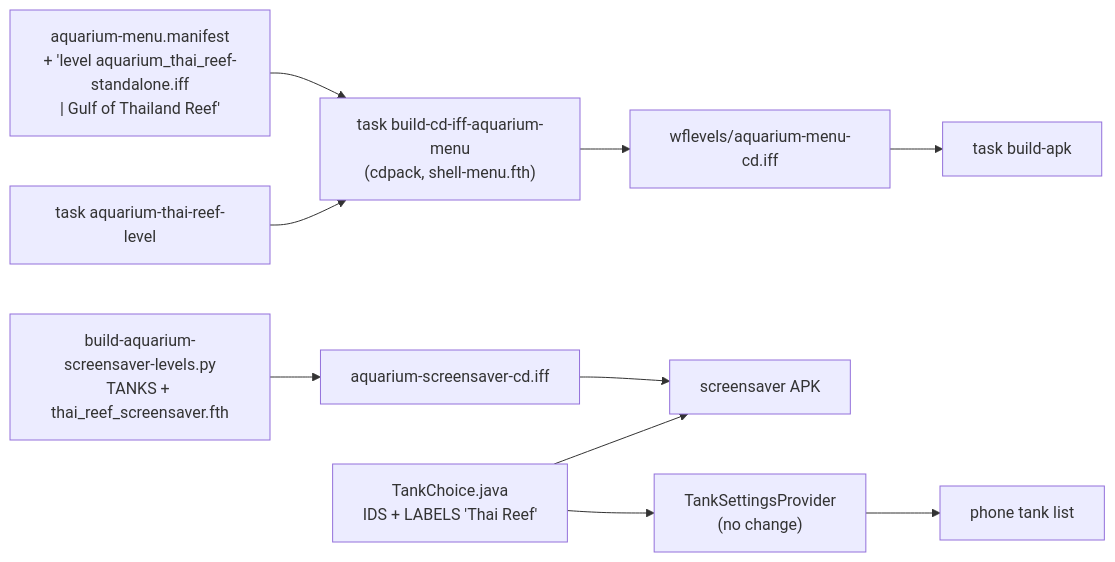
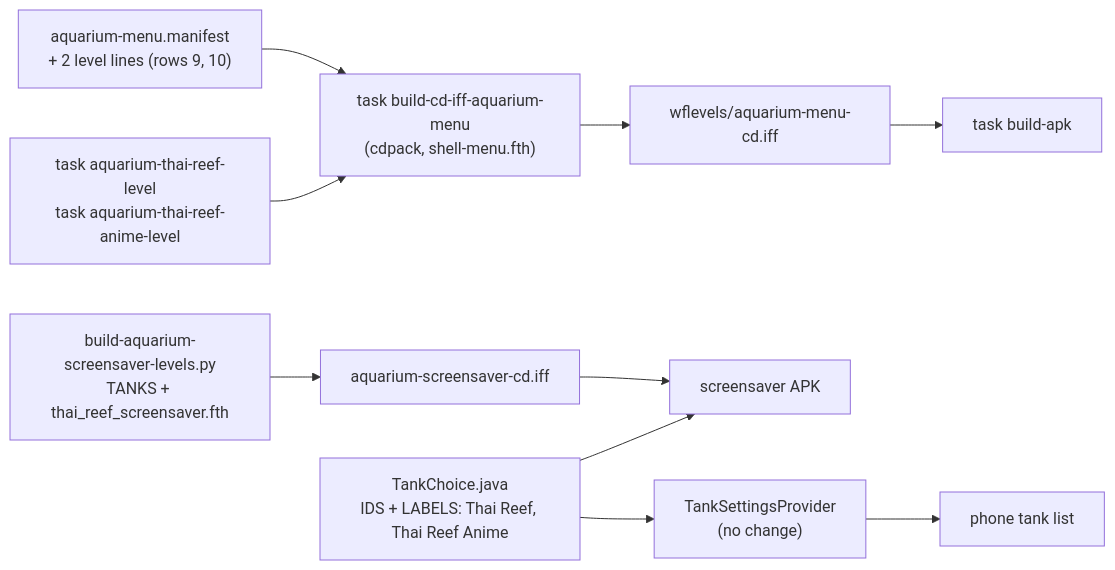
One commit to wbniv/WorldFoundry changed the ninth of 10 diagrams in docs/plans/2026-11-02-gulf-of-thailand-reef-tank.md. Above: the diagram before and after it, drawn with Mermaid. The commit also changed other lines of this file and 9 other files, not shown here.

First line of the commit message:
Plan: Gulf of Thailand Reef in two visual styles

````diff
--- a/docs/plans/2026-11-02-gulf-of-thailand-reef-tank.md
+++ b/docs/plans/2026-11-02-gulf-of-thailand-reef-tank.md
@@ -411,11 +504,11 @@
 ```mermaid
 flowchart LR
-    M["aquarium-menu.manifest<br/>+ 'level aquarium_thai_reef-standalone.iff<br/>| Gulf of Thailand Reef'"] --> CD["task build-cd-iff-aquarium-menu<br/>(cdpack, shell-menu.fth)"]
-    L["task aquarium-thai-reef-level"] --> CD
+    M["aquarium-menu.manifest<br/>+ 2 level lines (rows 9, 10)"] --> CD["task build-cd-iff-aquarium-menu<br/>(cdpack, shell-menu.fth)"]
+    L["task aquarium-thai-reef-level<br/>task aquarium-thai-reef-anime-level"] --> CD
     CD --> B["wflevels/aquarium-menu-cd.iff"]
     B --> APK["task build-apk"]
     SS["build-aquarium-screensaver-levels.py<br/>TANKS + thai_reef_screensaver.fth"] --> SB["aquarium-screensaver-cd.iff"]
-    TC["TankChoice.java<br/>IDS + LABELS 'Thai Reef'"] --> SAPK["screensaver APK"]
+    TC["TankChoice.java<br/>IDS + LABELS: Thai Reef, Thai Reef Anime"] --> SAPK["screensaver APK"]
     SB --> SAPK
     TC --> TP["TankSettingsProvider<br/>(no change)"] --> PH["phone tank list"]
 ```
````
